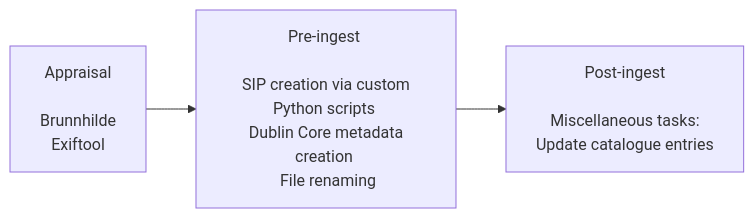
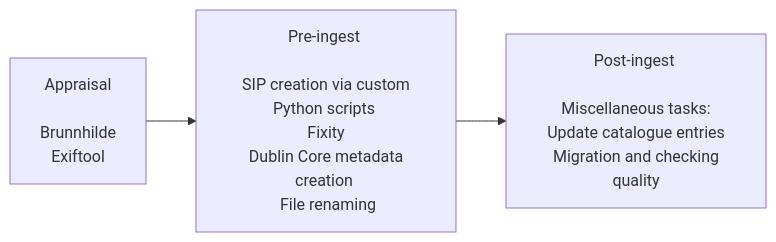
Before and after one commit to icaew-digital-archive/icaew-digital-archive-handbook: the diagram in docs/admin-guides/preservica/standard-ingest-workflow.md, drawn with Mermaid. The commit also changed other lines of this file and 4 other files, not shown here.

````diff
--- a/docs/admin-guides/preservica/standard-ingest-workflow.md
+++ b/docs/admin-guides/preservica/standard-ingest-workflow.md
@@ -5,5 +5,5 @@
 ```mermaid
 flowchart LR
     id1[Appraisal \n\n Brunnhilde \n Exiftool] --> id2
-    id2[Pre-ingest \n\n SIP creation via custom Python scripts \n Dublin Core metadata creation \n File renaming] --> id3[Post-ingest \n\n Miscellaneous tasks: \n Update catalogue entries]
+    id2[Pre-ingest \n\n SIP creation via custom Python scripts \n Fixity \n Dublin Core metadata creation \n File renaming] --> id3[Post-ingest \n\n Miscellaneous tasks: \n Update catalogue entries \n Migration and checking quality]
 ```
````
